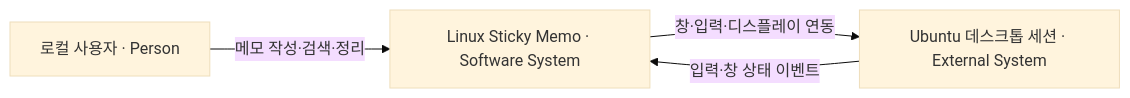
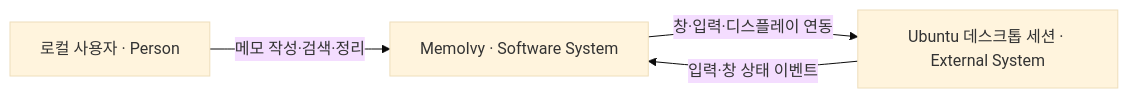
The diagram in docs/architecture/overview/01-context.md (pollux-o4/MemoIvy), drawn with Mermaid (base theme) before and after one commit. The commit also changed 115 other files, not shown here.

First line of the commit message:
release: MemoIvy 0.1.1

````diff
--- a/docs/architecture/overview/01-context.md
+++ b/docs/architecture/overview/01-context.md
@@ -3,9 +3,9 @@
 ```mermaid
 flowchart LR
     user["로컬 사용자 · Person"]
-    app["Linux Sticky Memo · Software System"]
+    app["MemoIvy · Software System"]
     desktop["Ubuntu 데스크톱 세션 · External System"]
     user -->|메모 작성·검색·정리| app
     app -->|창·입력·디스플레이 연동| desktop
     desktop -->|입력·창 상태 이벤트| app
 ```
````
